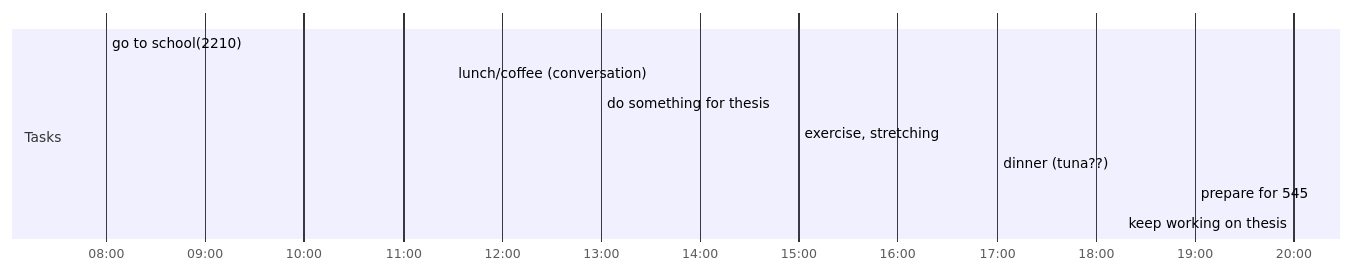
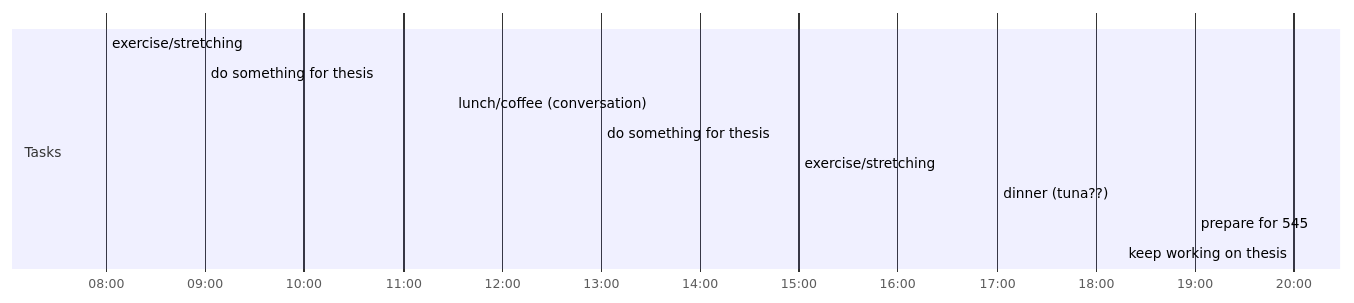
One commit to PseudoPau/ThesisLog changed the diagram in Day Planners/Day Planner-20230104.md. Above: the diagram before and after it, drawn with Mermaid. The commit also changed other lines of this file and 2 other files, not shown here.

````diff
--- a/Day Planners/Day Planner-20230104.md
+++ b/Day Planners/Day Planner-20230104.md
@@ -2,16 +2,17 @@
 ```mermaid
 gantt
     dateFormat  HH-mm
     axisFormat %H:%M
-    %% Current Time: 7:56:33 AM
+    %% Current Time: 8:16:32 AM
     section Tasks
-    go to school(2210)     :08-00, 210mm
+    exercise/stretching     :08-00, 60mm
+    do something for thesis     :09-00, 150mm
     lunch/coffee (conversation)     :11-30, 90mm
     do something for thesis     :13-00, 120mm
-    exercise, stretching     :15-00, 120mm
+    exercise/stretching     :15-00, 120mm
     dinner (tuna??)     :17-00, 120mm
     prepare for 545     :19-00, 60mm
     keep working on thesis     :20-00, 0mm
     section Breaks
 
 ```
````
